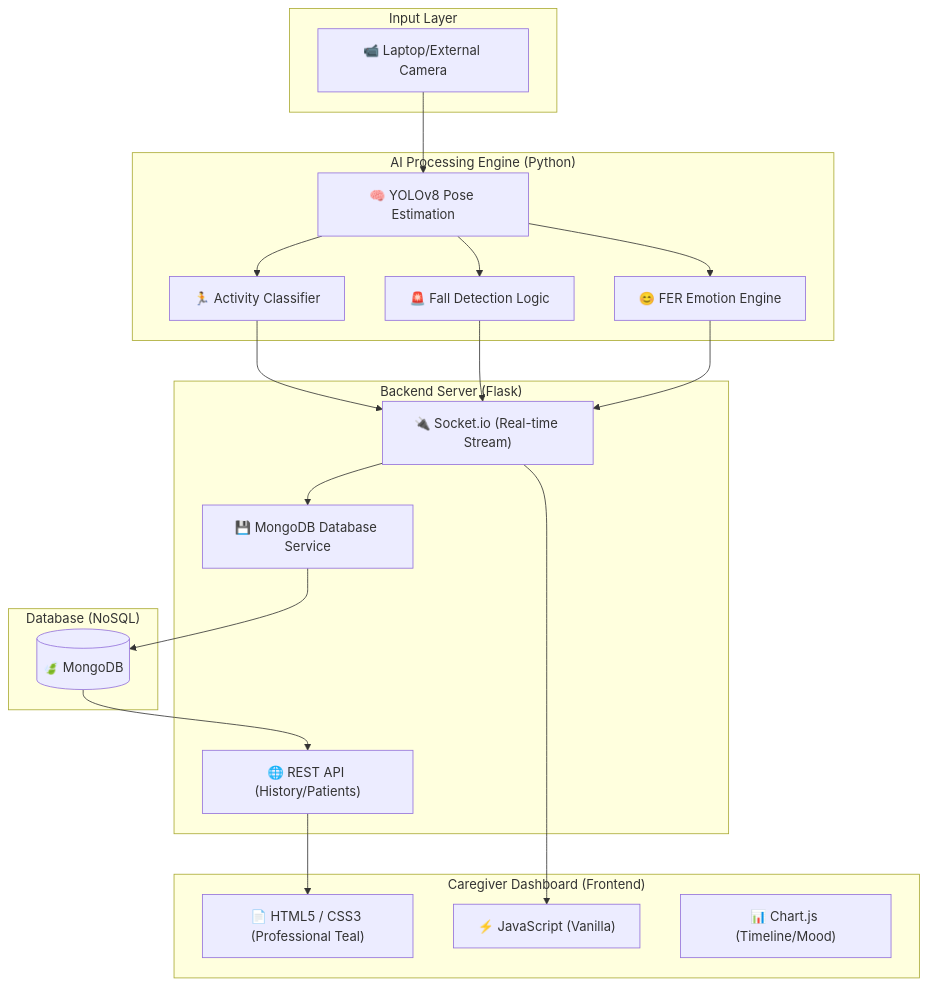
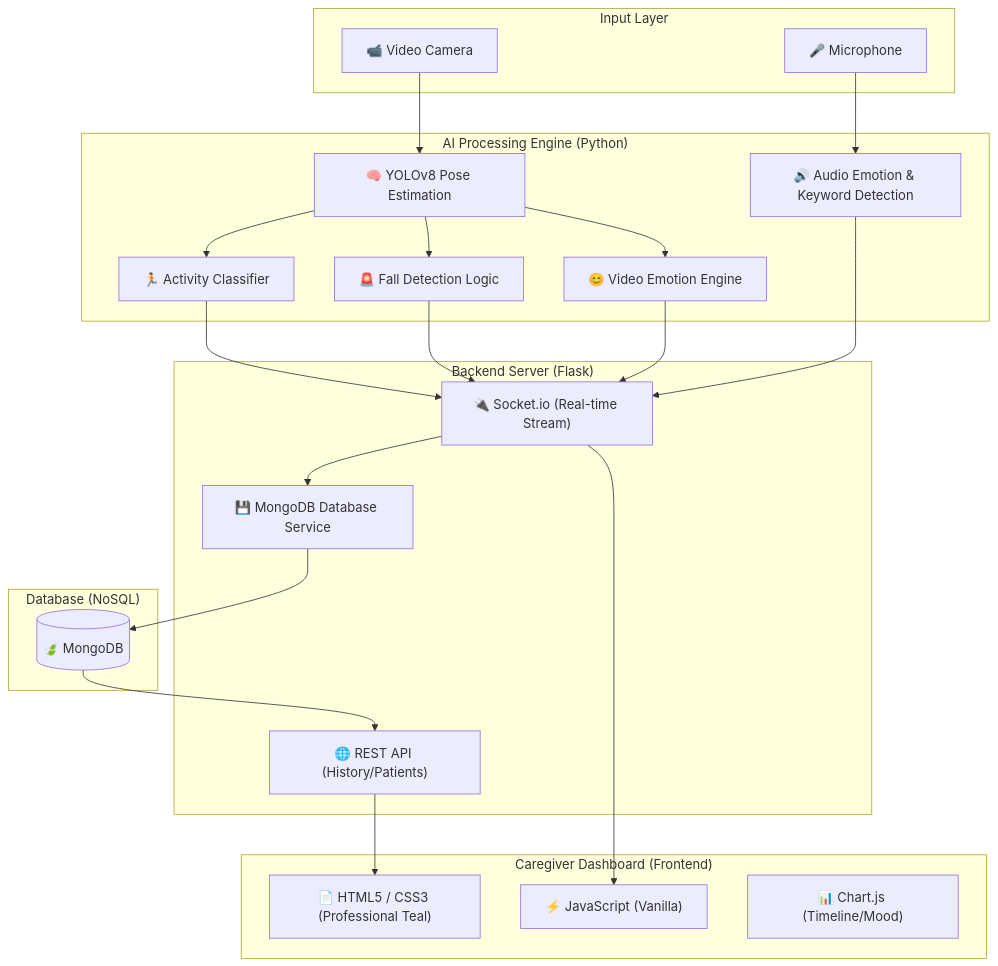
Before and after one commit to Srushti2175/Major: the diagram in README.md, drawn with Mermaid. The commit also changed other lines of this file, not shown here.

````diff
--- a/README.md
+++ b/README.md
@@ -11,44 +11,49 @@
 ```mermaid
 graph TD
     subgraph "Input Layer"
-        Camera["📹 Laptop/External Camera"]
+        Camera["📹 Video Camera"]
+        Mic["🎤 Microphone"]
     end
 
     subgraph "AI Processing Engine (Python)"
         YOLO["🧠 YOLOv8 Pose Estimation"]
         Activity["🏃 Activity Classifier"]
         Fall["🚨 Fall Detection Logic"]
-        Emotion["😊 FER Emotion Engine"]
+        V_Emo["😊 Video Emotion Engine"]
+        A_AI["🔊 Audio Emotion & Keyword Detection"]
     end
 
     subgraph "Backend Server (Flask)"
         Socket["🔌 Socket.io (Real-time Stream)"]
         API["🌐 REST API (History/Patients)"]
         DB_S["💾 MongoDB Database Service"]
     end
 
     subgraph "Database (NoSQL)"
         Mongo[("🍃 MongoDB")]
     end
 
     subgraph "Caregiver Dashboard (Frontend)"
         HTML["📄 HTML5 / CSS3 (Professional Teal)"]
         JS["⚡ JavaScript (Vanilla)"]
         Charts["📊 Chart.js (Timeline/Mood)"]
     end
 
     Camera --> YOLO
+    Mic --> A_AI
+    
     YOLO --> Activity
     YOLO --> Fall
-    YOLO --> Emotion
+    YOLO --> V_Emo
     
     Activity --> Socket
     Fall --> Socket
-    Emotion --> Socket
+    V_Emo --> Socket
+    A_AI --> Socket
     
     Socket --> DB_S
     DB_S --> Mongo
     Mongo --> API
     API --> HTML
     Socket --> JS
 ```
````
